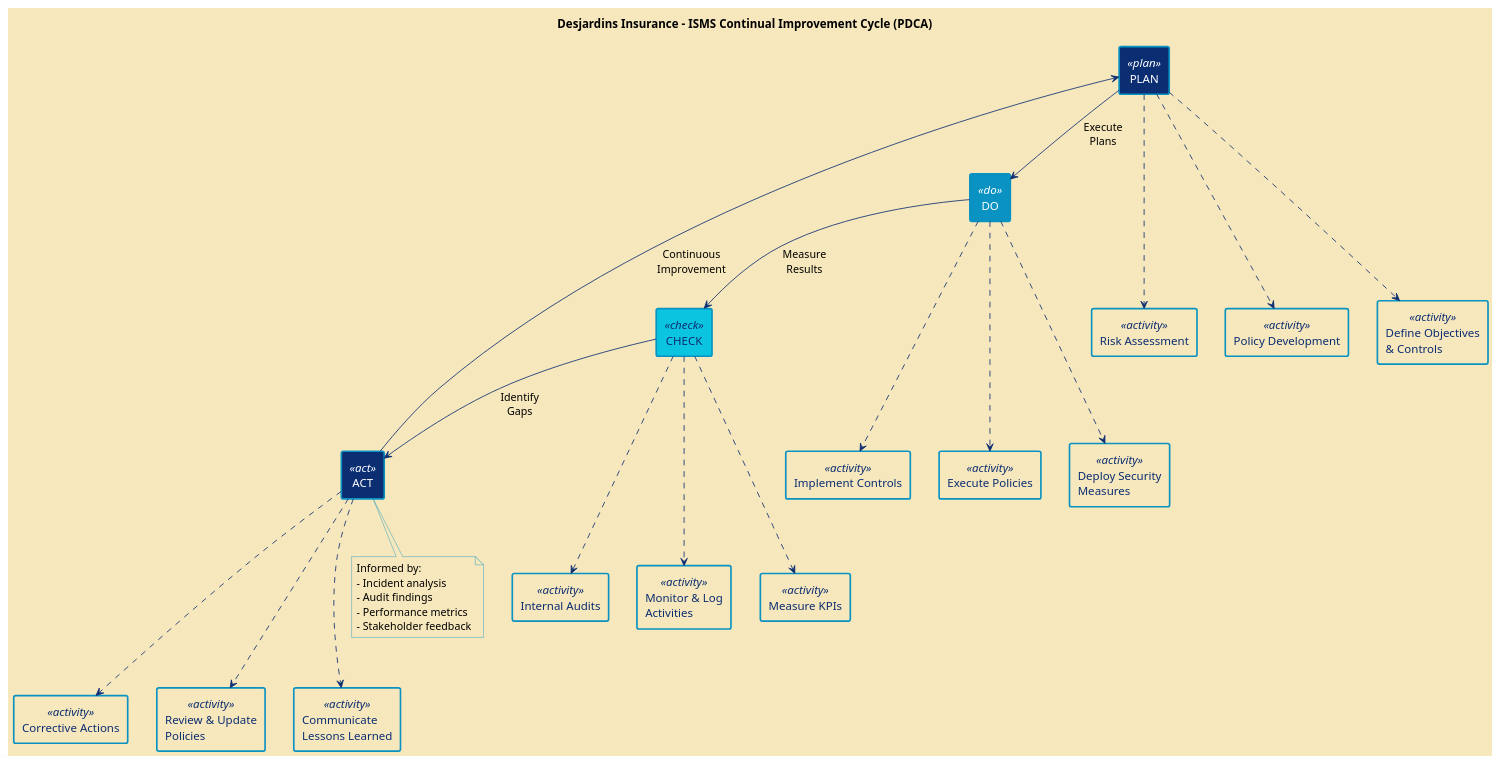
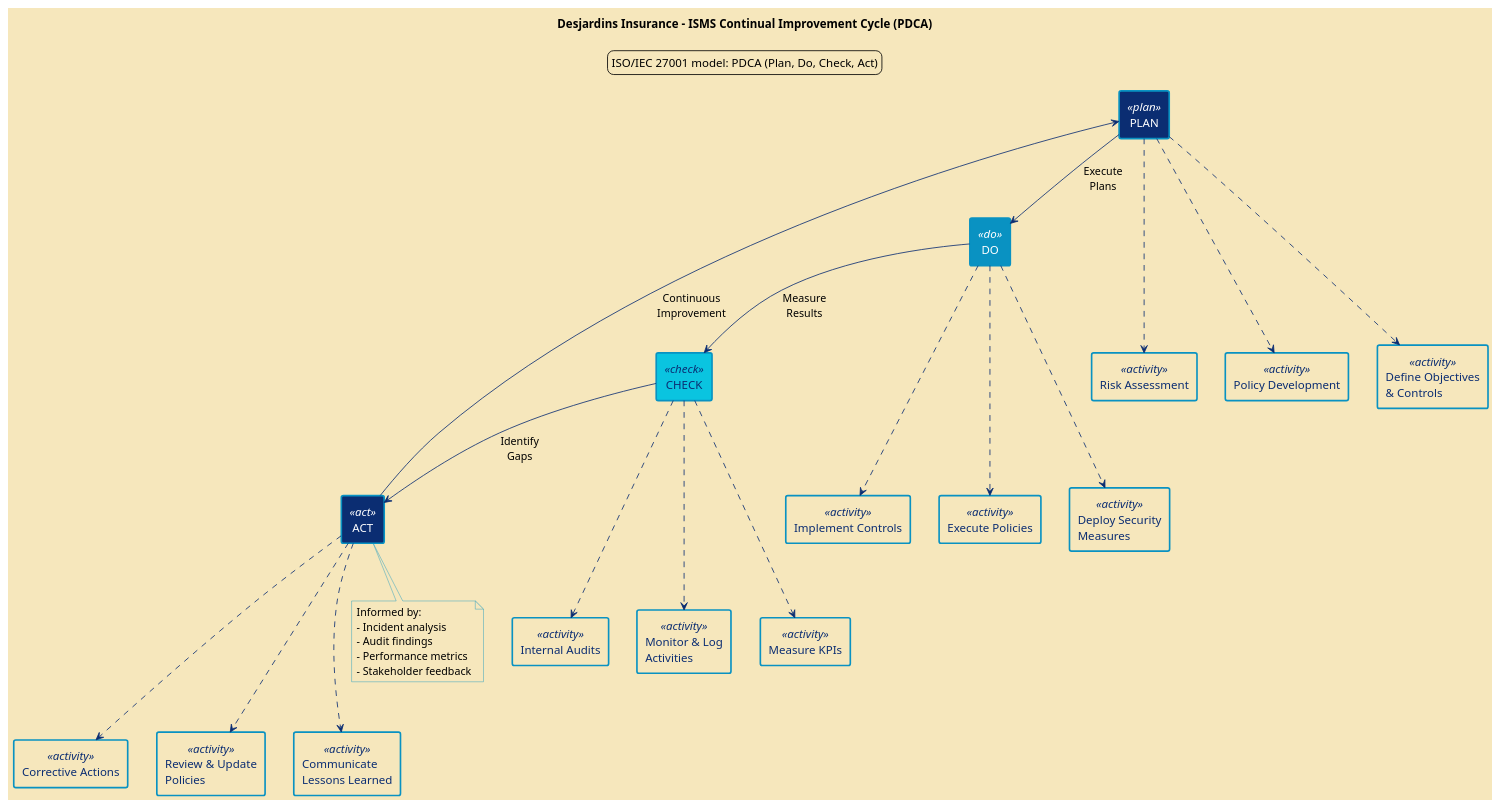
Before and after one commit to MercuryAtom31/Desjardins-Insurance-ISMS-Policy: the diagram in docs/diagrams/isms-continual-improvement.puml, drawn with PlantUML.

Commit message:
Added a legend that explicitly states it is the ISO/IEC 27001 PDCA model.

```diff
--- a/docs/diagrams/isms-continual-improvement.puml
+++ b/docs/diagrams/isms-continual-improvement.puml
@@ -1,82 +1,86 @@
 @startuml isms-continual-improvement
 
 skinparam backgroundColor #F6E7BC
 skinparam ArrowColor #0B2D72
 skinparam NoteBackgroundColor #F6E7BC
 skinparam NoteBorderColor #0992C2
 skinparam rectangle {
   BackgroundColor<<plan>> #0B2D72
   BackgroundColor<<do>> #0992C2
   BackgroundColor<<check>> #0AC4E0
   BackgroundColor<<act>> #0B2D72
   BackgroundColor<<activity>> #F6E7BC
   FontColor<<plan>> #ffffff
   FontColor<<do>> #ffffff
   FontColor<<check>> #0B2D72
   FontColor<<act>> #ffffff
   FontColor<<activity>> #0B2D72
   BorderColor #0992C2
   BorderThickness 2
 }
 
 title Desjardins Insurance - ISMS Continual Improvement Cycle (PDCA)
+
+legend top
+  ISO/IEC 27001 model: PDCA (Plan, Do, Check, Act)
+endlegend
 
 ' Central cycle
 rectangle "PLAN" as PLAN <<plan>>
 rectangle "DO" as DO <<do>>
 rectangle "CHECK" as CHECK <<check>>
 rectangle "ACT" as ACT <<act>>
 
 ' Plan Activities
 rectangle "Risk Assessment" as RA <<activity>>
 rectangle "Policy Development" as PD <<activity>>
 rectangle "Define Objectives\n& Controls" as DOC <<activity>>
 
 ' Do Activities
 rectangle "Implement Controls" as IC <<activity>>
 rectangle "Execute Policies" as EP <<activity>>
 rectangle "Deploy Security\nMeasures" as DSM <<activity>>
 
 ' Check Activities
 rectangle "Internal Audits" as IA <<activity>>
 rectangle "Monitor & Log\nActivities" as MLA <<activity>>
 rectangle "Measure KPIs" as MK <<activity>>
 
 ' Act Activities
 rectangle "Corrective Actions" as CA <<activity>>
 rectangle "Review & Update\nPolicies" as RUP <<activity>>
 rectangle "Communicate\nLessons Learned" as CLL <<activity>>
 
 ' Cycle flow
 PLAN --> DO : Execute\nPlans
 DO --> CHECK : Measure\nResults
 CHECK --> ACT : Identify\nGaps
 ACT --> PLAN : Continuous\nImprovement
 
 ' Sub-activities connections
 PLAN -.-> RA
 PLAN -.-> PD
 PLAN -.-> DOC
 
 DO -.-> IC
 DO -.-> EP
 DO -.-> DSM
 
 CHECK -.-> IA
 CHECK -.-> MLA
 CHECK -.-> MK
 
 ACT -.-> CA
 ACT -.-> RUP
 ACT -.-> CLL
 
 ' Feedback loop note
 note bottom of ACT
   Informed by:
   - Incident analysis
   - Audit findings
   - Performance metrics
   - Stakeholder feedback
 end note
 
 @enduml
```
